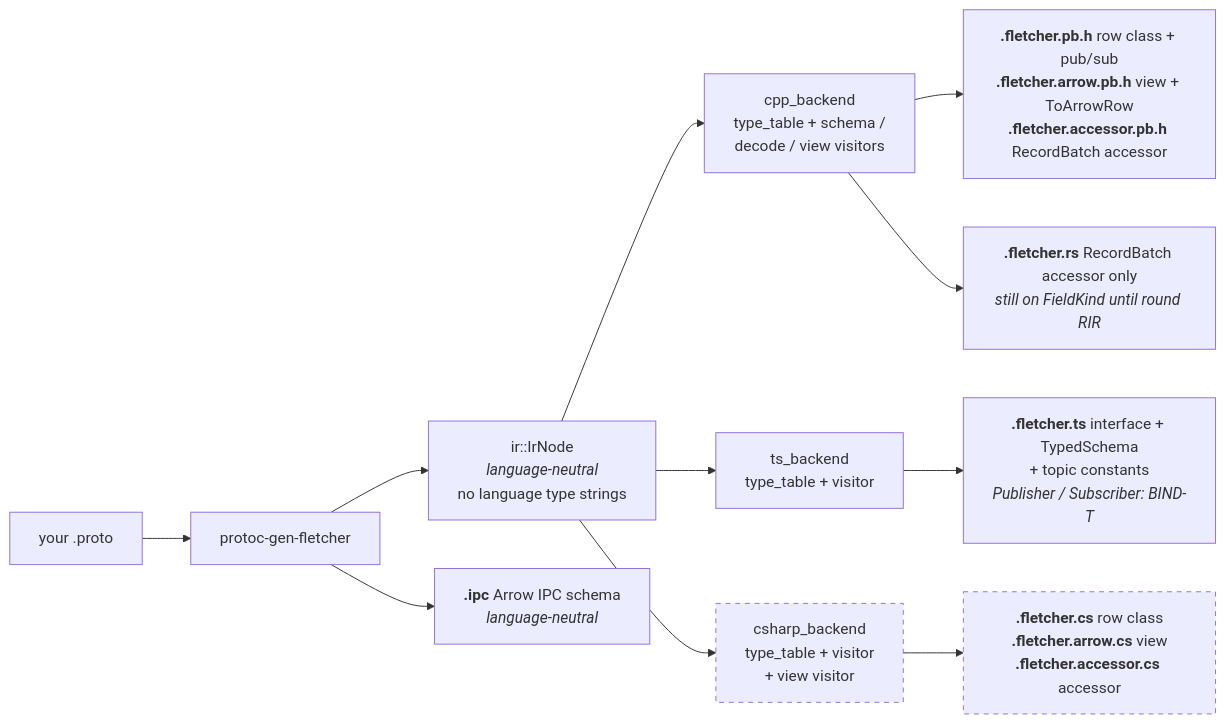
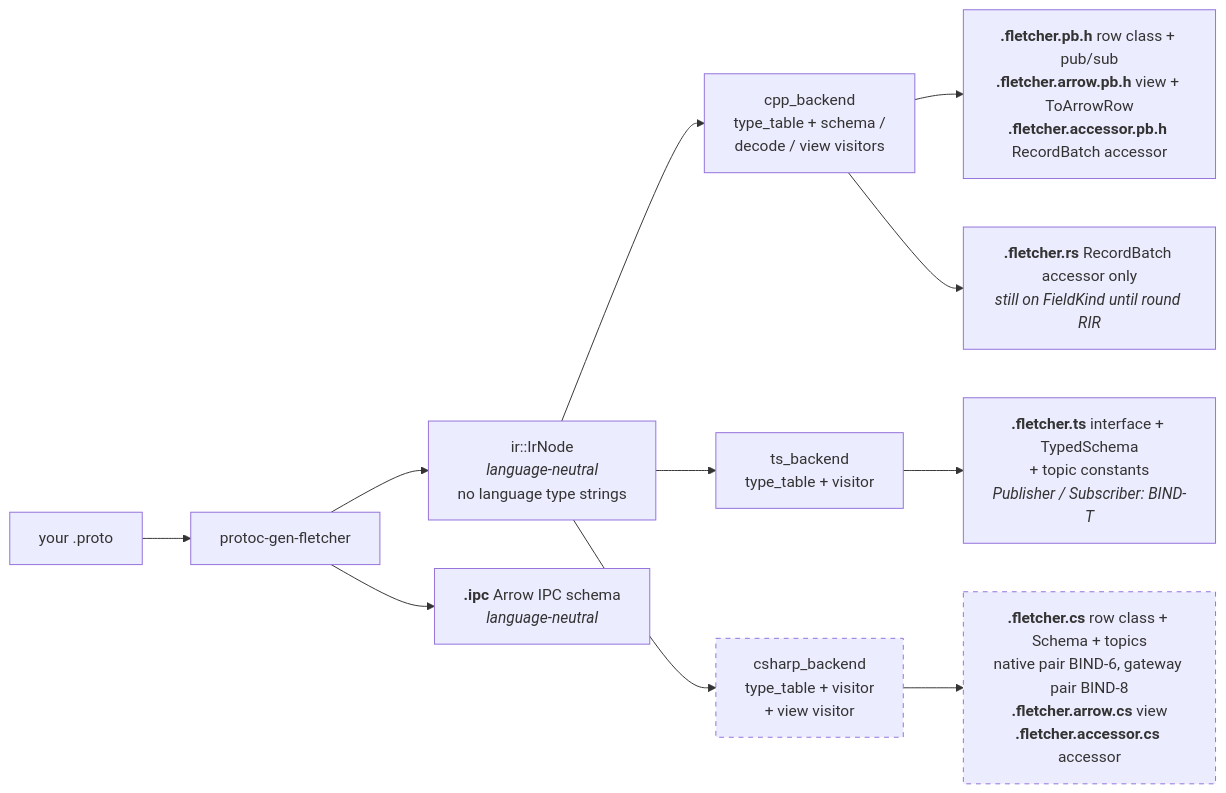
One commit to eivacom/Fletcher changed the second of 9 diagrams in plans/BIND-architecture-diagrams.md. Above: the diagram before and after it, drawn with Mermaid. The commit also changed other lines of this file and 4 other files, not shown here.

````diff
--- a/plans/BIND-architecture-diagrams.md
+++ b/plans/BIND-architecture-diagrams.md
@@ -189,19 +189,19 @@
 ```mermaid
 flowchart LR
     PROTO["your .proto"] --> PLUGIN["protoc-gen-fletcher"]
     PLUGIN --> IR["ir::IrNode<br/><i>language-neutral</i><br/>no language type strings"]
 
     IR --> CPPB["cpp_backend<br/>type_table + schema /<br/>decode / view visitors"]
     IR --> TSB["ts_backend<br/>type_table + visitor"]
     IR --> CSB["csharp_backend<br/>type_table + visitor<br/>+ view visitor"]
 
     CPPB --> GCPP["<b>.fletcher.pb.h</b> row class + pub/sub<br/><b>.fletcher.arrow.pb.h</b> view + ToArrowRow<br/><b>.fletcher.accessor.pb.h</b> RecordBatch accessor"]
     TSB --> GTS["<b>.fletcher.ts</b> interface + TypedSchema<br/>+ topic constants<br/><i>Publisher / Subscriber: BIND-T</i>"]
     CPPB --> GRS["<b>.fletcher.rs</b> RecordBatch accessor only<br/><i>still on FieldKind until round RIR</i>"]
-    CSB --> GCS["<b>.fletcher.cs</b> row class<br/><b>.fletcher.arrow.cs</b> view<br/><b>.fletcher.accessor.cs</b> accessor"]
+    CSB --> GCS["<b>.fletcher.cs</b> row class + Schema + topics<br/>native pair BIND-6, gateway pair BIND-8<br/><b>.fletcher.arrow.cs</b> view<br/><b>.fletcher.accessor.cs</b> accessor"]
 
     PLUGIN --> IPC["<b>.ipc</b> Arrow IPC schema<br/><i>language-neutral</i>"]
 
     classDef planned stroke-dasharray: 5 5
     class CSB,GCS planned
 ```
````
